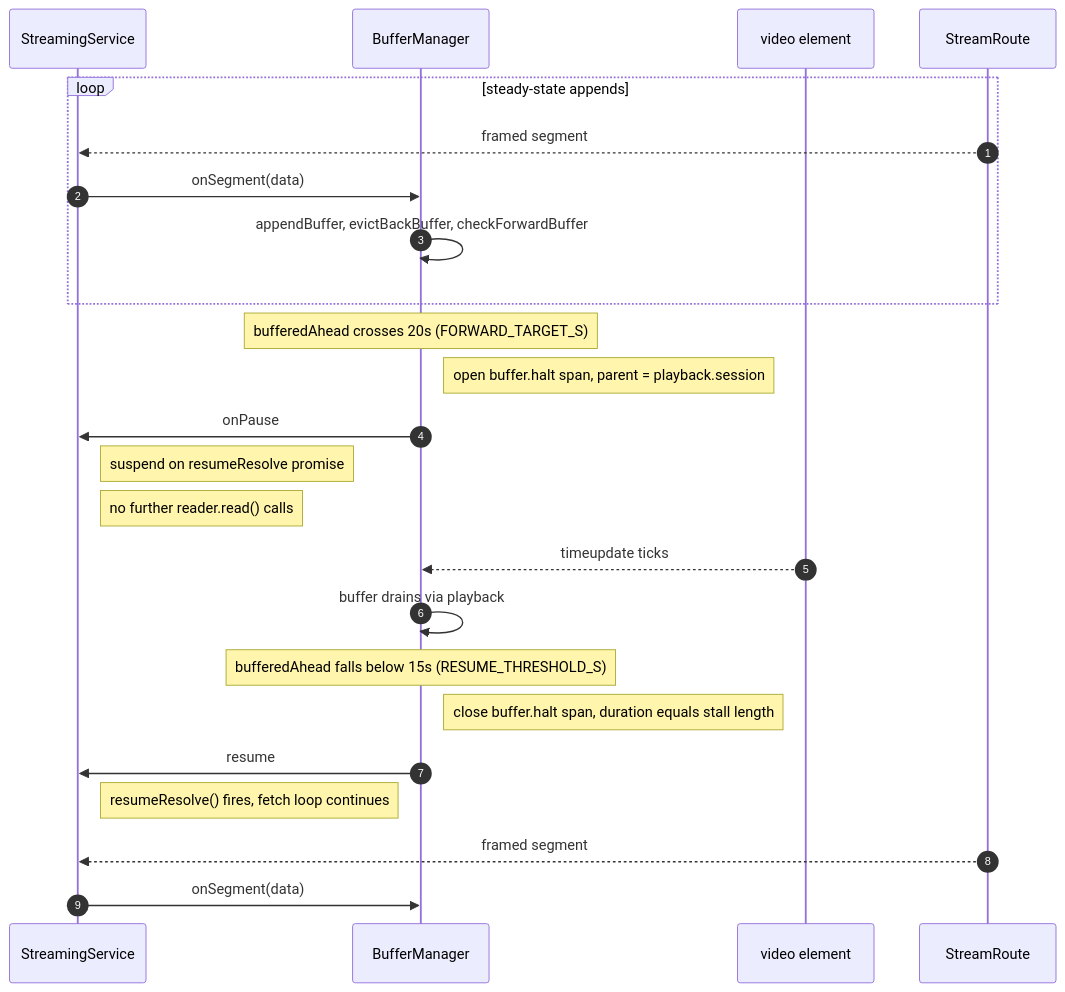
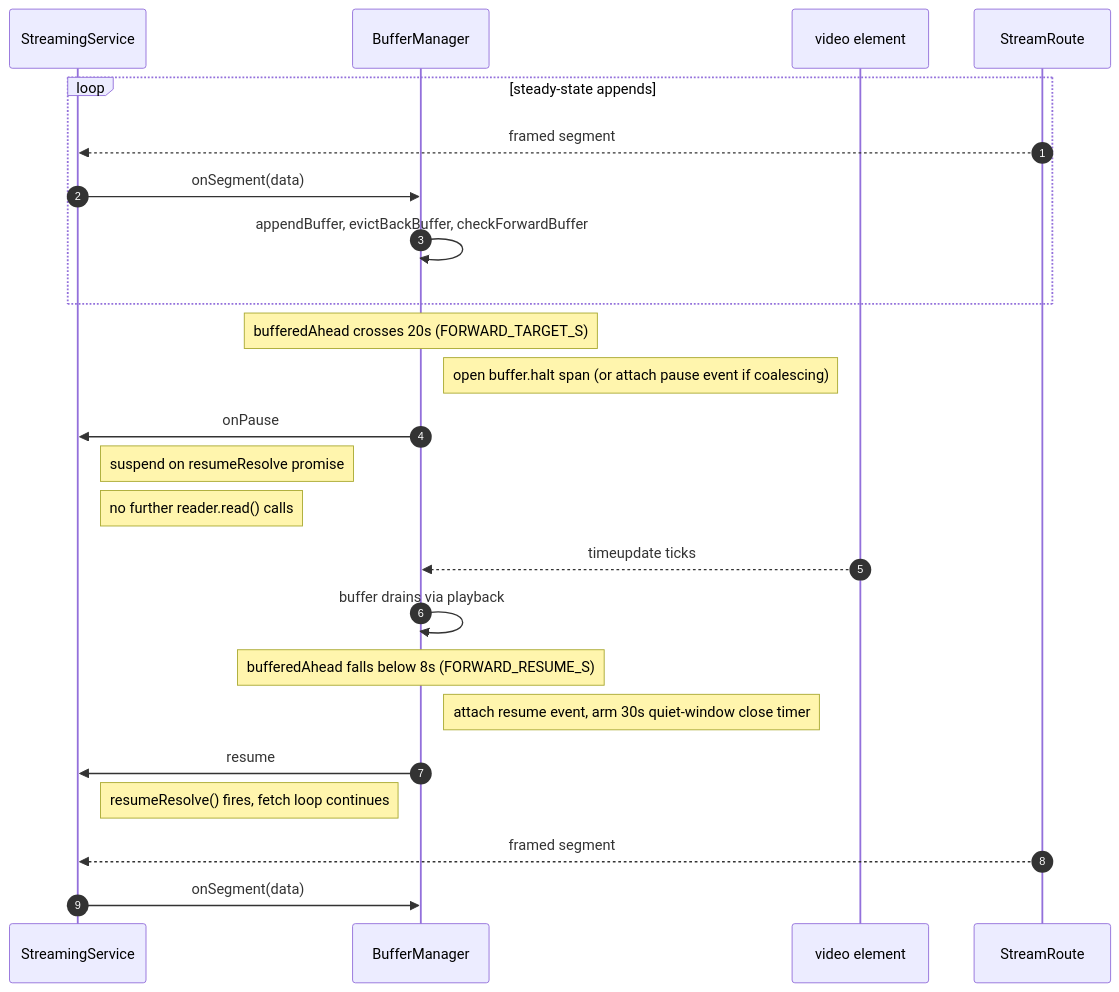
The diagram in docs/diagrams/streaming-02-backpressure.mmd (ngareleo/xstream), drawn with Mermaid before and after one commit. The commit also changed 6 other files, not shown here.

First line of the commit message:
tune(buffer): widen back-pressure hysteresis to 20s / 8s

```diff
--- a/docs/diagrams/streaming-02-backpressure.mmd
+++ b/docs/diagrams/streaming-02-backpressure.mmd
@@ -1,31 +1,32 @@
 %% xstream streaming - Scenario 2: Back-pressure (pause and resume)
 %% After steady-state appends, BufferManager pauses StreamingService when
-%% bufferedAhead > 20s and resumes when it drains below 15s.
+%% bufferedAhead > 20s and resumes when it drains below 8s (12s hysteresis).
+%% The buffer.halt span is coalesced across rapid pause/resume cycles.
 sequenceDiagram
     autonumber
     participant SS as StreamingService
     participant BM as BufferManager
     participant V as video element
     participant ST as StreamRoute
 
     loop steady-state appends
         ST-->>SS: framed segment
         SS->>BM: onSegment(data)
         BM->>BM: appendBuffer, evictBackBuffer, checkForwardBuffer
     end
 
     Note over BM: bufferedAhead crosses 20s (FORWARD_TARGET_S)
-    Note right of BM: open buffer.halt span, parent = playback.session
+    Note right of BM: open buffer.halt span (or attach pause event if coalescing)
     BM->>SS: onPause
     Note right of SS: suspend on resumeResolve promise
     Note right of SS: no further reader.read() calls
 
     V-->>BM: timeupdate ticks
     BM->>BM: buffer drains via playback
 
-    Note over BM: bufferedAhead falls below 15s (RESUME_THRESHOLD_S)
-    Note right of BM: close buffer.halt span, duration equals stall length
+    Note over BM: bufferedAhead falls below 8s (FORWARD_RESUME_S)
+    Note right of BM: attach resume event, arm 30s quiet-window close timer
     BM->>SS: resume
     Note right of SS: resumeResolve() fires, fetch loop continues
     ST-->>SS: framed segment
     SS->>BM: onSegment(data)
```
